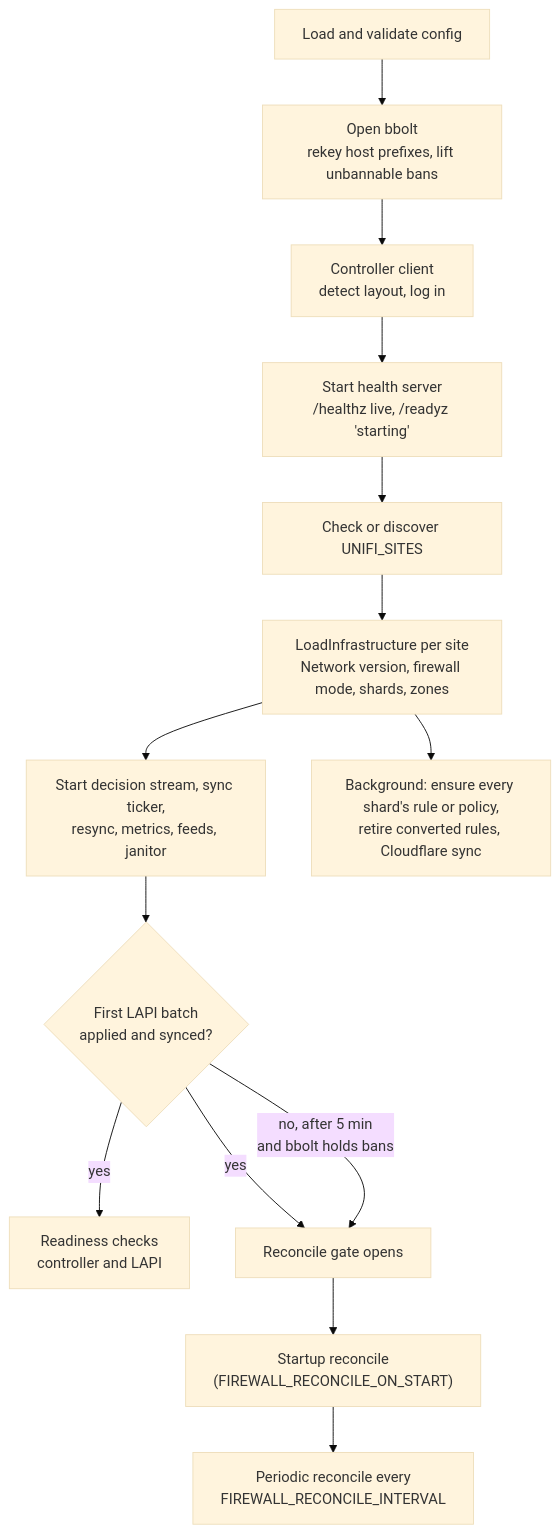
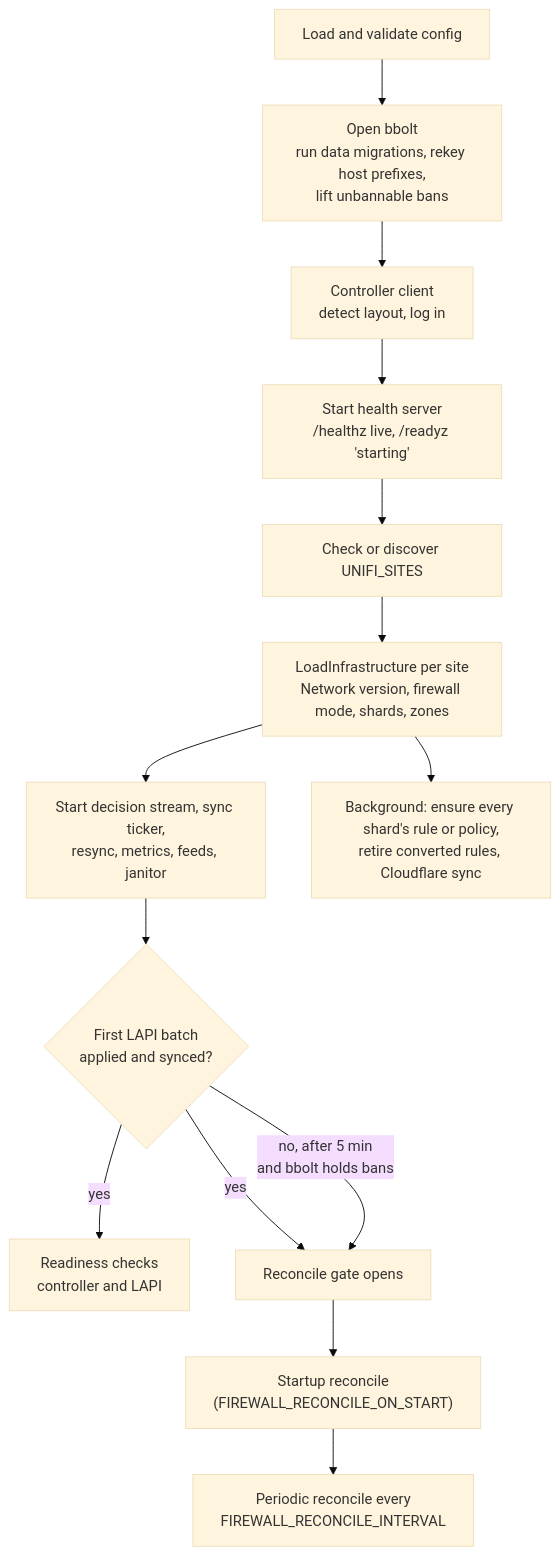
Before and after one commit to developingchet/cs-unifi-bouncer-pro: the second of 10 diagrams in docs/DESIGN.md, drawn with Mermaid (base theme). The commit also changed other lines of this file and 22 other files, not shown here.

````diff
--- a/docs/DESIGN.md
+++ b/docs/DESIGN.md
@@ -94,16 +94,16 @@
 ```mermaid
 flowchart TD
-    cfg["Load and validate config"] --> store["Open bbolt<br/>rekey host prefixes, lift unbannable bans"]
+    cfg["Load and validate config"] --> store["Open bbolt<br/>run data migrations, rekey host prefixes,<br/>lift unbannable bans"]
     store --> client["Controller client<br/>detect layout, log in"]
     client --> health["Start health server<br/>/healthz live, /readyz 'starting'"]
     health --> sites["Check or discover UNIFI_SITES"]
     sites --> load["LoadInfrastructure per site<br/>Network version, firewall mode, shards, zones"]
     load --> run["Start decision stream, sync ticker,<br/>resync, metrics, feeds, janitor"]
     load --> repair["Background: ensure every shard's rule or policy,<br/>retire converted rules, Cloudflare sync"]
     run --> batch{"First LAPI batch<br/>applied and synced?"}
     batch -->|yes| ready["Readiness checks<br/>controller and LAPI"]
     batch -->|yes| gate["Reconcile gate opens"]
     batch -->|"no, after 5 min<br/>and bbolt holds bans"| gate
     gate --> startupRec["Startup reconcile<br/>(FIREWALL_RECONCILE_ON_START)"]
     startupRec --> periodic["Periodic reconcile every<br/>FIREWALL_RECONCILE_INTERVAL"]
 ```
````
